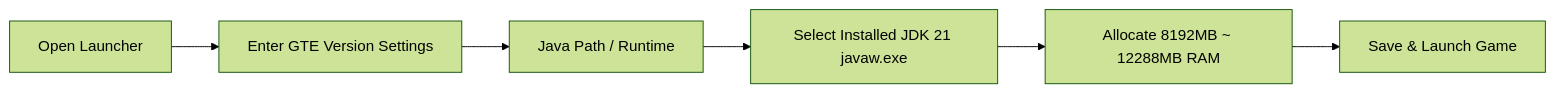
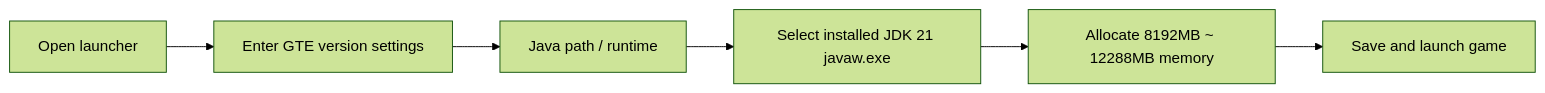
The diagram in docs/en/download-and-play/lazy-pack.md (takanashisatou/GregtechEasy-Docs), drawn with Mermaid (forest theme) before and after one commit. The commit also changed other lines of this file and 99 other files, not shown here.

````diff
--- a/docs/en/download-and-play/lazy-pack.md
+++ b/docs/en/download-and-play/lazy-pack.md
@@ -57,8 +57,8 @@
 ```mermaid
 graph LR
-    A[Open Launcher] --> B[Enter GTE Version Settings]
-    B --> C[Java Path / Runtime]
-    C --> D[Select Installed JDK 21 javaw.exe]
-    D --> E[Allocate 8192MB ~ 12288MB RAM]
-    E --> F[Save & Launch Game]
+    A[Open launcher] --> B[Enter GTE version settings]
+    B --> C[Java path / runtime]
+    C --> D[Select installed JDK 21 javaw.exe]
+    D --> E[Allocate 8192MB ~ 12288MB memory]
+    E --> F[Save and launch game]
 ```
````
